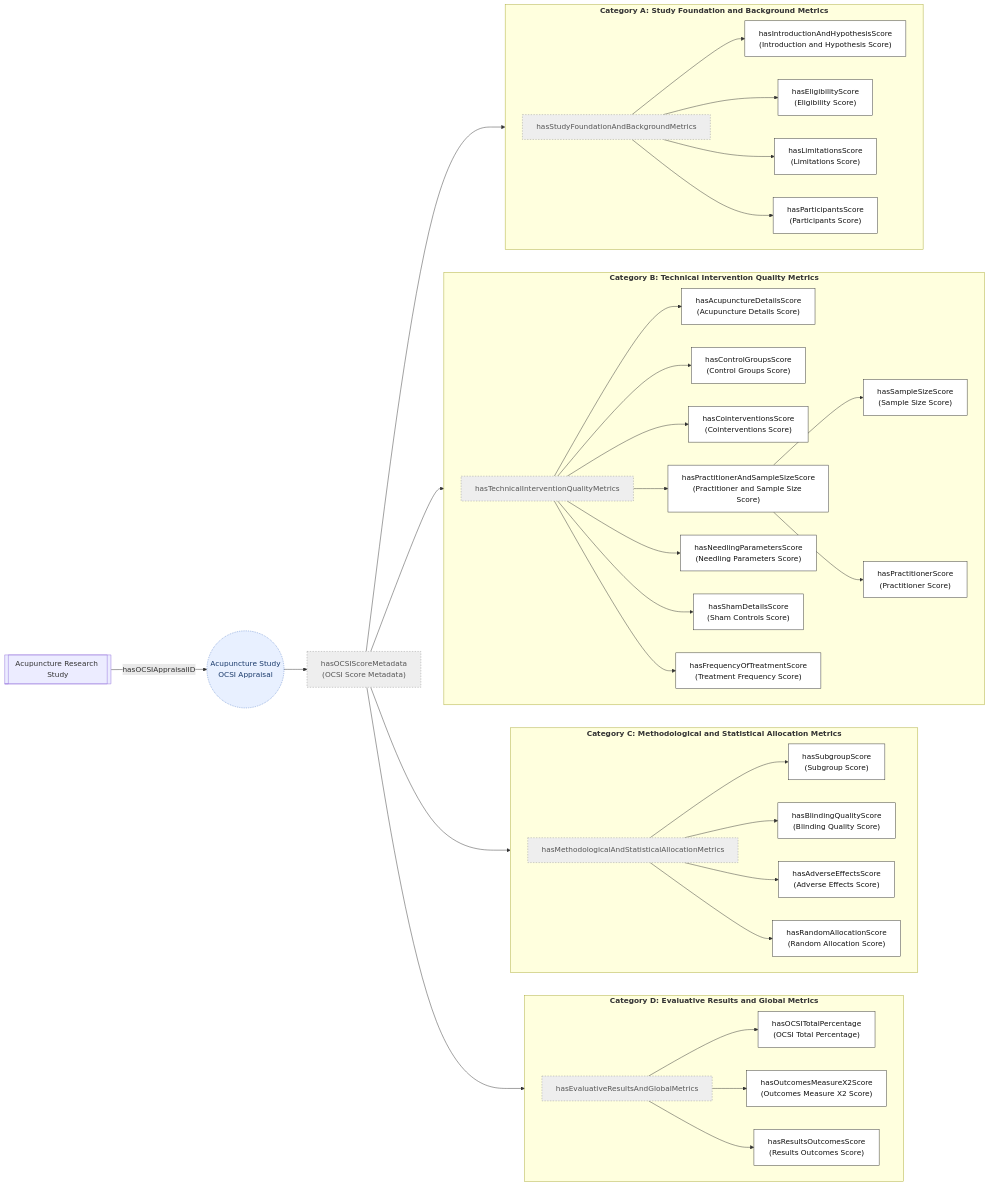
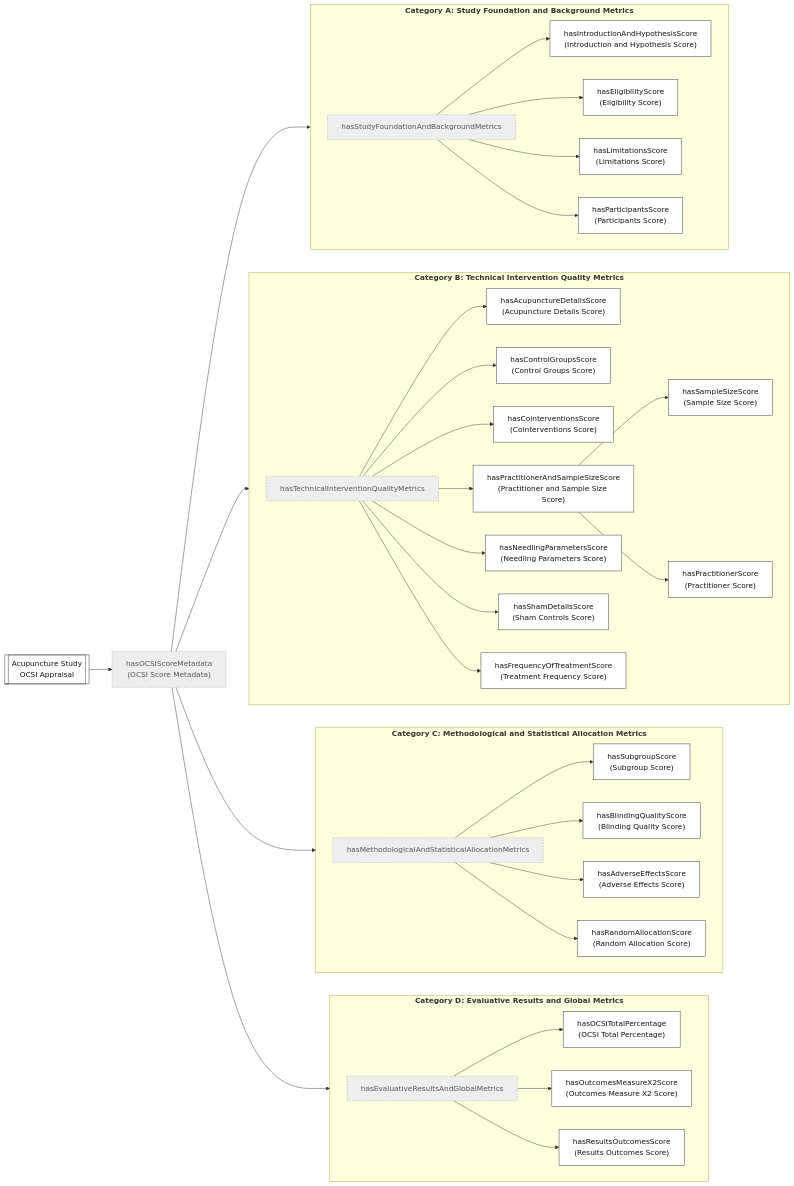
One commit to smtifahim/TARA-Ontology-Repository changed the fifth of 6 diagrams in ontology-files/base/articles-kb/articles-kb-core/README.md. Above: the diagram before and after it, drawn with Mermaid. The commit also changed other lines of this file, not shown here.

````diff
--- a/ontology-files/base/articles-kb/articles-kb-core/README.md
+++ b/ontology-files/base/articles-kb/articles-kb-core/README.md
@@ -256,81 +236,79 @@
 ```mermaid
 flowchart LR
     classDef group fill:#eee,stroke:#999,stroke-dasharray: 3 3,color:#555
     classDef field fill:#ffffff,stroke:#333,color:#111
     classDef linked fill:#e8f0ff,stroke:#4472c4,stroke-dasharray: 2 2,color:#1a3a6b
 
-    OCSI(("Acupuncture Study<br/>OCSI Appraisal")):::field
+    OCSI[["Acupuncture Study<br/>OCSI Appraisal"]]:::field
     ROOT["hasOCSIScoreMetadata<br/>(OCSI Score Metadata)"]:::group
     OCSI --> ROOT
 
     subgraph D ["<b>Category D: Evaluative Results and Global Metrics</b>"]
         direction LR
         CATD["hasEvaluativeResultsAndGlobalMetrics"]:::group
         TOTPCT["hasOCSITotalPercentage<br/>(OCSI Total Percentage)"]:::field
         X2["hasOutcomesMeasureX2Score<br/>(Outcomes Measure X2 Score)"]:::field
         RESOUT["hasResultsOutcomesScore<br/>(Results Outcomes Score)"]:::field
         CATD --> TOTPCT
         CATD --> X2
         CATD --> RESOUT
     end
 
     subgraph C ["<b>Category C: Methodological and Statistical Allocation Metrics</b>"]
         direction LR
         SUBG["hasSubgroupScore<br/>(Subgroup Score)"]:::field
         BLIND["hasBlindingQualityScore<br/>(Blinding Quality Score)"]:::field
         CATC["hasMethodologicalAndStatisticalAllocationMetrics"]:::group
         ADV["hasAdverseEffectsScore<br/>(Adverse Effects Score)"]:::field
         RAND["hasRandomAllocationScore<br/>(Random Allocation Score)"]:::field
-        
+    
         CATC --> SUBG
         CATC --> BLIND
         CATC --> ADV
         CATC --> RAND
     end
-    
+  
     subgraph B ["<b>Category B: Technical Intervention Quality Metrics</b>"]
         direction LR
         CATB["hasTechnicalInterventionQualityMetrics"]:::group
         ACUDET["hasAcupunctureDetailsScore<br/>(Acupuncture Details Score)"]:::field
         CTRLSC["hasControlGroupsScore<br/>(Control Groups Score)"]:::field
         COINT["hasCointerventionsScore<br/>(Cointerventions Score)"]:::field
         NEEDLESC["hasNeedlingParametersScore<br/>(Needling Parameters Score)"]:::field
         PRACSAMP["hasPractitionerAndSampleSizeScore<br/>(Practitioner and Sample Size Score)"]:::field
         PRACSC["hasPractitionerScore<br/>(Practitioner Score)"]:::field
 
         SAMPSC["hasSampleSizeScore<br/>(Sample Size Score)"]:::field
         SHAMSC["hasShamDetailsScore<br/>(Sham Controls Score)"]:::field
         FREQSC["hasFrequencyOfTreatmentScore<br/>(Treatment Frequency Score)"]:::field
 
         CATB --> ACUDET
         CATB --> CTRLSC
         CATB --> COINT
         CATB --> PRACSAMP
                  PRACSAMP --> SAMPSC
                  PRACSAMP --> PRACSC
         CATB --> NEEDLESC
         CATB --> SHAMSC
         CATB --> FREQSC
     end
 
     subgraph A ["<b>Category A: Study Foundation and Background Metrics</b>"]
         direction LR
         CATA["hasStudyFoundationAndBackgroundMetrics"]:::group
         INTRO["hasIntroductionAndHypothesisScore<br/>(Introduction and Hypothesis Score)"]:::field
         ELIG["hasEligibilityScore<br/>(Eligibility Score)"]:::field
         LIMIT["hasLimitationsScore<br/>(Limitations Score)"]:::field
         PART["hasParticipantsScore<br/>(Participants Score)"]:::field
         CATA --> INTRO
         CATA --> ELIG
         CATA --> LIMIT
         CATA --> PART
     end
 
     ROOT --> CATA
     ROOT --> CATB
     ROOT --> CATC
     ROOT --> CATD
-
-    STUDY_EXT[["Acupuncture Research Study"]] -- hasOCSIAppraisalID --> OCSI:::linked
-    
+  
 ```
````
